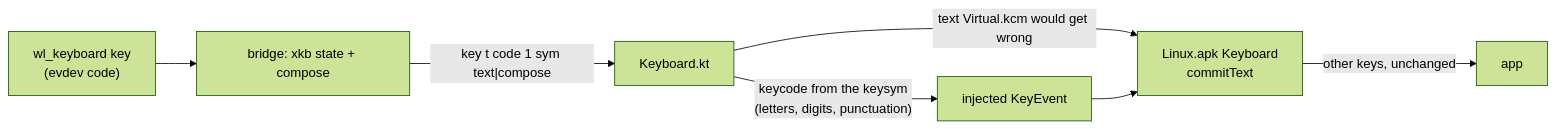
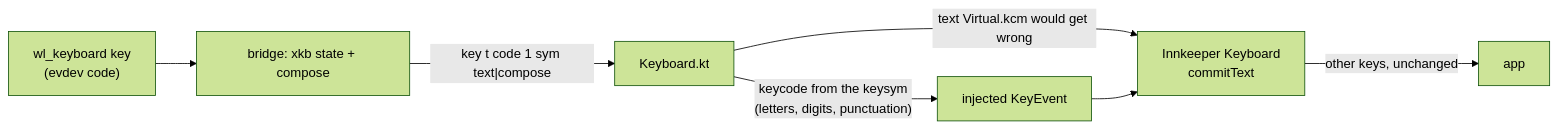
One commit to sargunv/innkeeper changed the second of 2 diagrams in docs/input.md. Above: the diagram before and after it, drawn with Mermaid (forest theme). The commit also changed other lines of this file and 671 other files, not shown here.

First line of the commit message:
rename Linux.apk to Innkeeper

````diff
--- a/docs/input.md
+++ b/docs/input.md
@@ -189,9 +189,9 @@
 ```mermaid
 flowchart LR
   key["wl_keyboard key<br/>(evdev code)"] --> xkb["bridge: xkb state + compose"]
   xkb -->|"key t code 1 sym text|compose"| kb["Keyboard.kt"]
   kb -->|"keycode from the keysym<br/>(letters, digits, punctuation)"| inj["injected KeyEvent"]
-  kb -->|"text Virtual.kcm would get wrong"| ime["Linux.apk Keyboard<br/>commitText"]
+  kb -->|"text Virtual.kcm would get wrong"| ime["Innkeeper Keyboard<br/>commitText"]
   inj --> ime
   ime -->|"other keys, unchanged"| app["app"]
 ```
````
